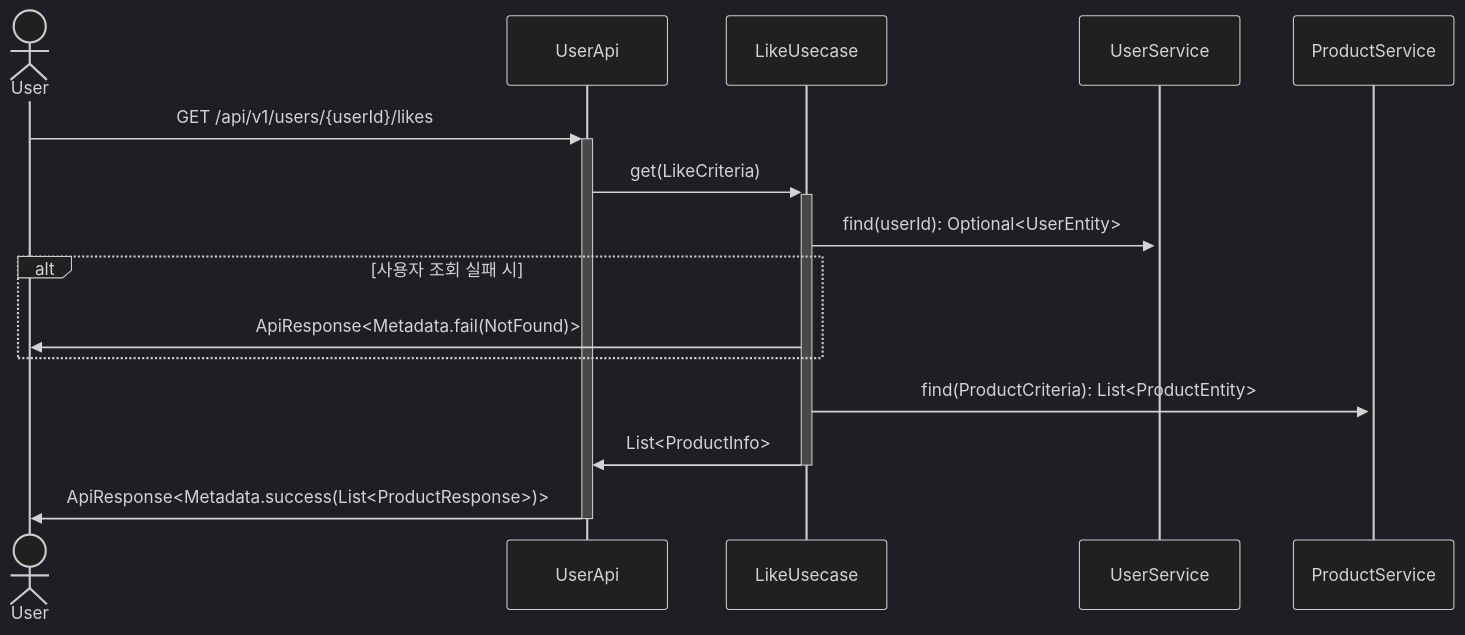
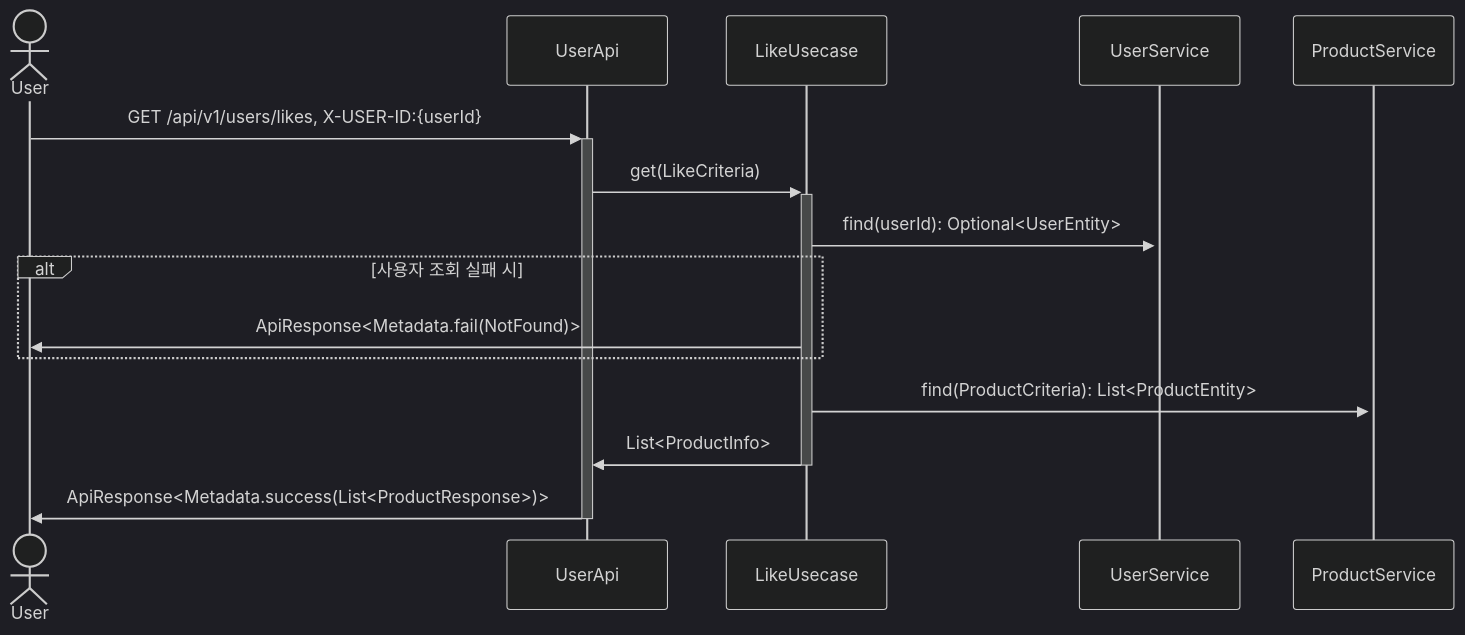
The sixth of 9 diagrams in docs/design/02-sequence-diagrams.md (Iol-lshh/loopers_be_practice_byjava), drawn with Mermaid (dark theme) before and after one commit. The commit also changed other lines of this file and 100 other files, not shown here.

````diff
--- a/docs/design/02-sequence-diagrams.md
+++ b/docs/design/02-sequence-diagrams.md
@@ -115,13 +115,13 @@
 ```mermaid
 sequenceDiagram
     actor User
-    User->>+UserApi: GET /api/v1/users/{userId}/likes
+    User->>+UserApi: GET /api/v1/users/likes, X-USER-ID:{userId}
     UserApi->>+LikeUsecase: get(LikeCriteria)
     LikeUsecase->>+UserService: find(userId): Optional<UserEntity>
     alt 사용자 조회 실패 시
         LikeUsecase->>User: ApiResponse<Metadata.fail(NotFound)>
     end
     LikeUsecase->>+ProductService: find(ProductCriteria): List<ProductEntity>
     LikeUsecase->>-UserApi: List<ProductInfo>
     UserApi->>-User: ApiResponse<Metadata.success(List<ProductResponse>)>
 ```
````
